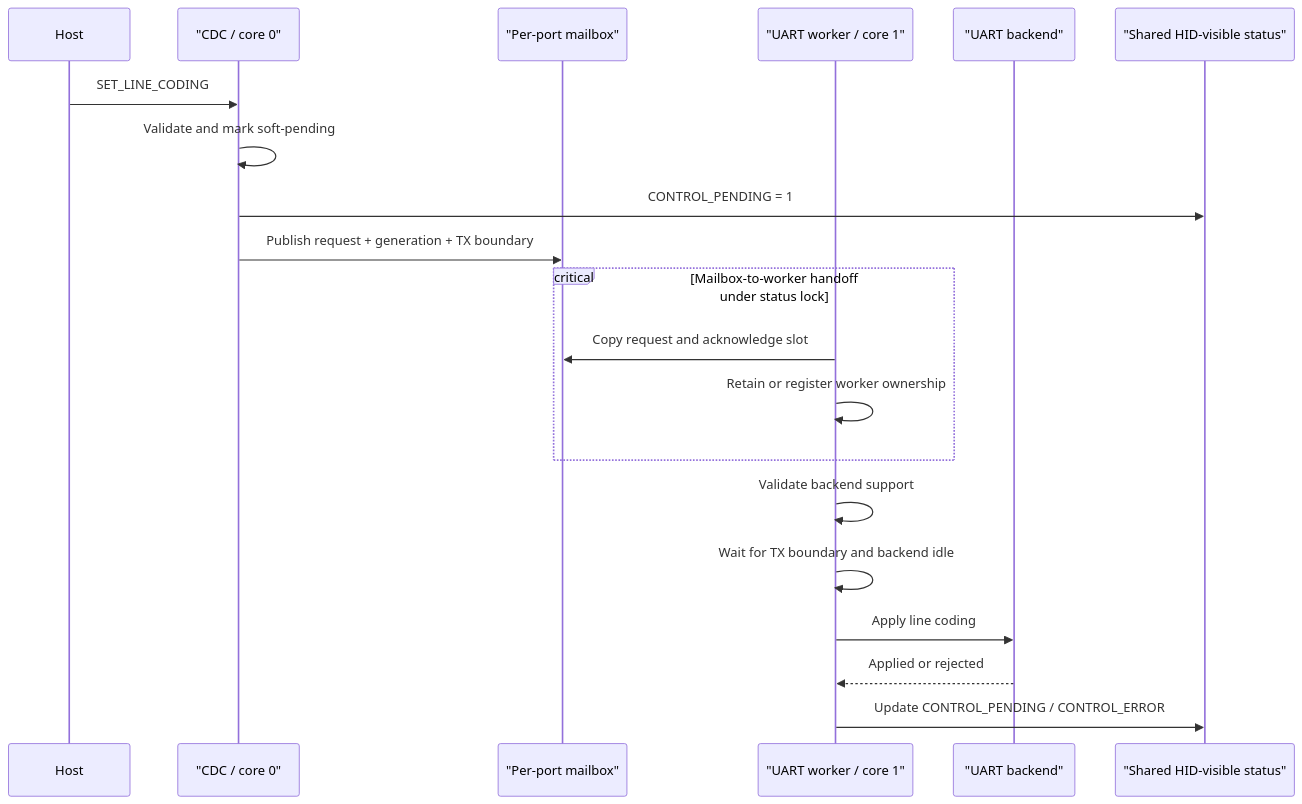
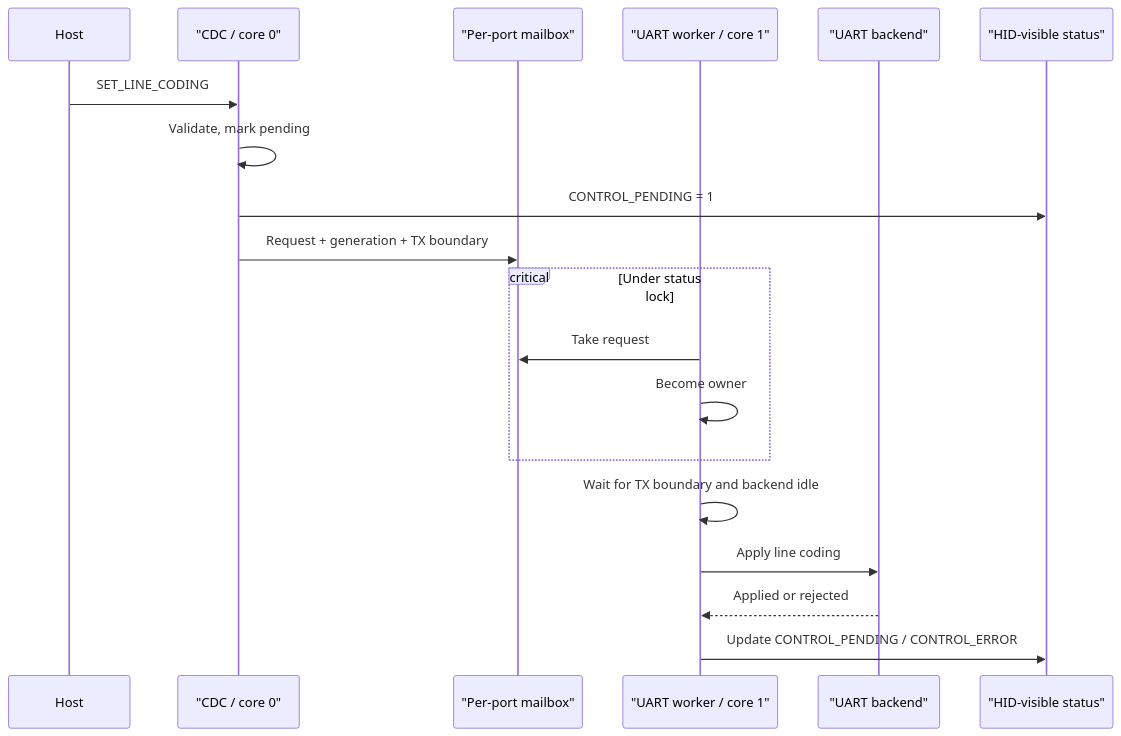
One commit to djwinter29-oss/PicoUart changed the diagram in docs/design/control-plane-design.md. Above: the diagram before and after it, drawn with Mermaid. The commit also changed other lines of this file and 26 other files, not shown here.

````diff
--- a/docs/design/control-plane-design.md
+++ b/docs/design/control-plane-design.md
@@ -28,23 +21,22 @@
 ```mermaid
 sequenceDiagram
   participant Host
   participant USB as "CDC / core 0"
   participant Mailbox as "Per-port mailbox"
   participant Worker as "UART worker / core 1"
   participant Backend as "UART backend"
-  participant HID as "Shared HID-visible status"
+  participant HID as "HID-visible status"
 
   Host->>USB: SET_LINE_CODING
-  USB->>USB: Validate and mark soft-pending
+  USB->>USB: Validate, mark pending
   USB->>HID: CONTROL_PENDING = 1
-  USB->>Mailbox: Publish request + generation + TX boundary
-  critical Mailbox-to-worker handoff under status lock
-    Worker->>Mailbox: Copy request and acknowledge slot
-    Worker->>Worker: Retain or register worker ownership
+  USB->>Mailbox: Request + generation + TX boundary
+  critical Under status lock
+    Worker->>Mailbox: Take request
+    Worker->>Worker: Become owner
   end
-  Worker->>Worker: Validate backend support
   Worker->>Worker: Wait for TX boundary and backend idle
   Worker->>Backend: Apply line coding
   Backend-->>Worker: Applied or rejected
   Worker->>HID: Update CONTROL_PENDING / CONTROL_ERROR
 ```
````
